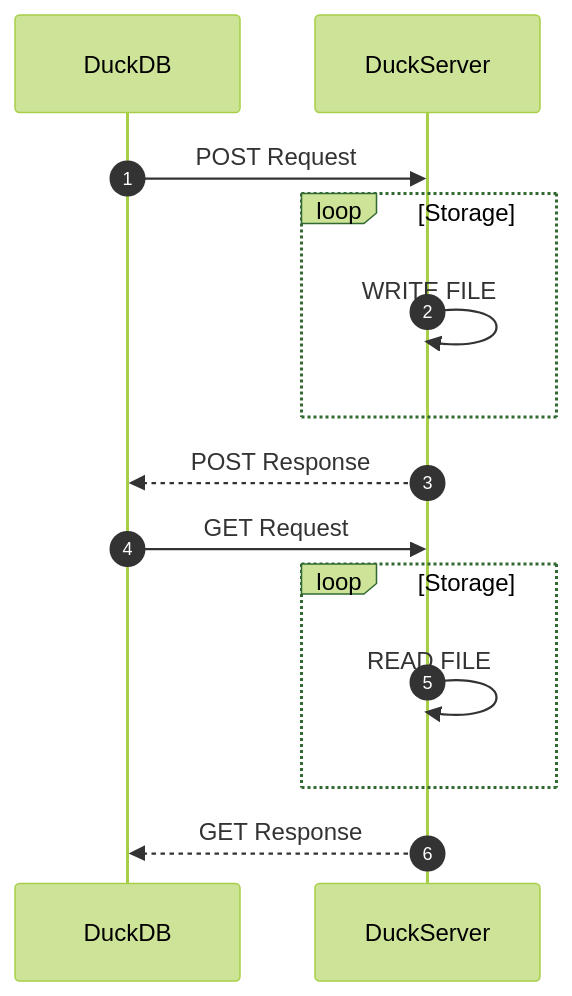
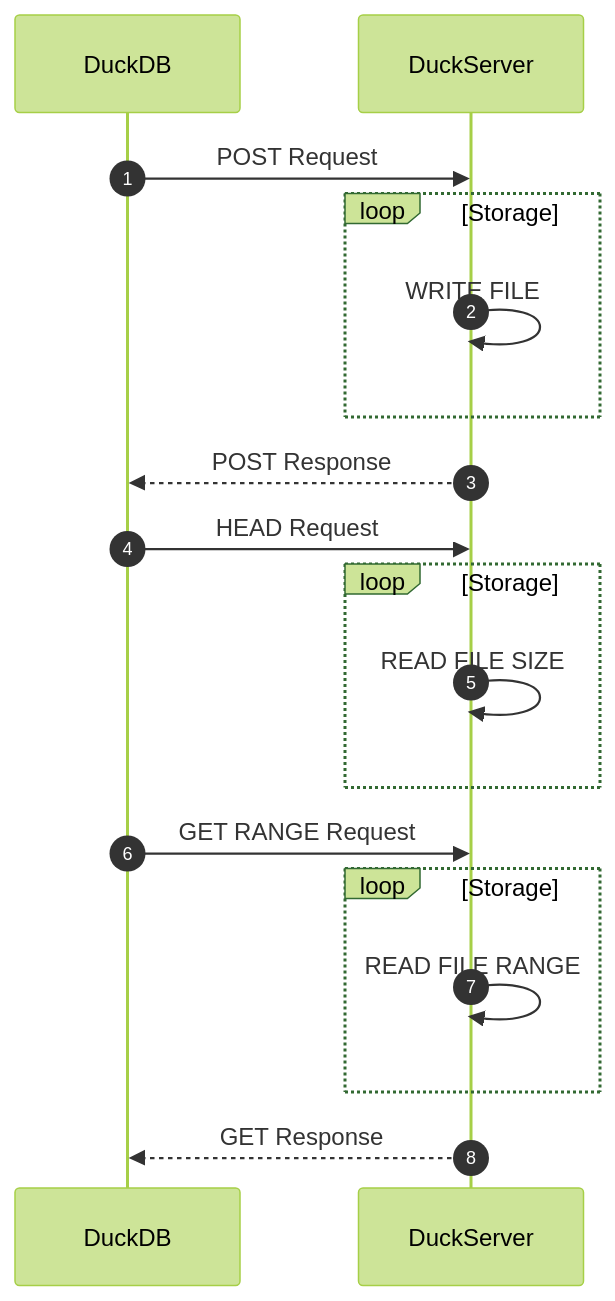
Before and after one commit to metrico/urlengine: the diagram in README.md, drawn with Mermaid (forest theme).

````diff
--- a/README.md
+++ b/README.md
@@ -114,14 +114,18 @@
 ```mermaid
 sequenceDiagram
     autonumber
     DuckDB->>DuckServer: POST Request
     loop Storage
         DuckServer->>DuckServer: WRITE FILE
     end
     DuckServer-->>DuckDB: POST Response
-    DuckDB->>DuckServer: GET Request
+    DuckDB->>DuckServer: HEAD Request
     loop Storage
-        DuckServer->>DuckServer: READ FILE
+        DuckServer->>DuckServer: READ FILE SIZE
+    end
+    DuckDB->>DuckServer: GET RANGE Request
+    loop Storage
+        DuckServer->>DuckServer: READ FILE RANGE
     end
     DuckServer-->>DuckDB: GET Response
 ```
````
